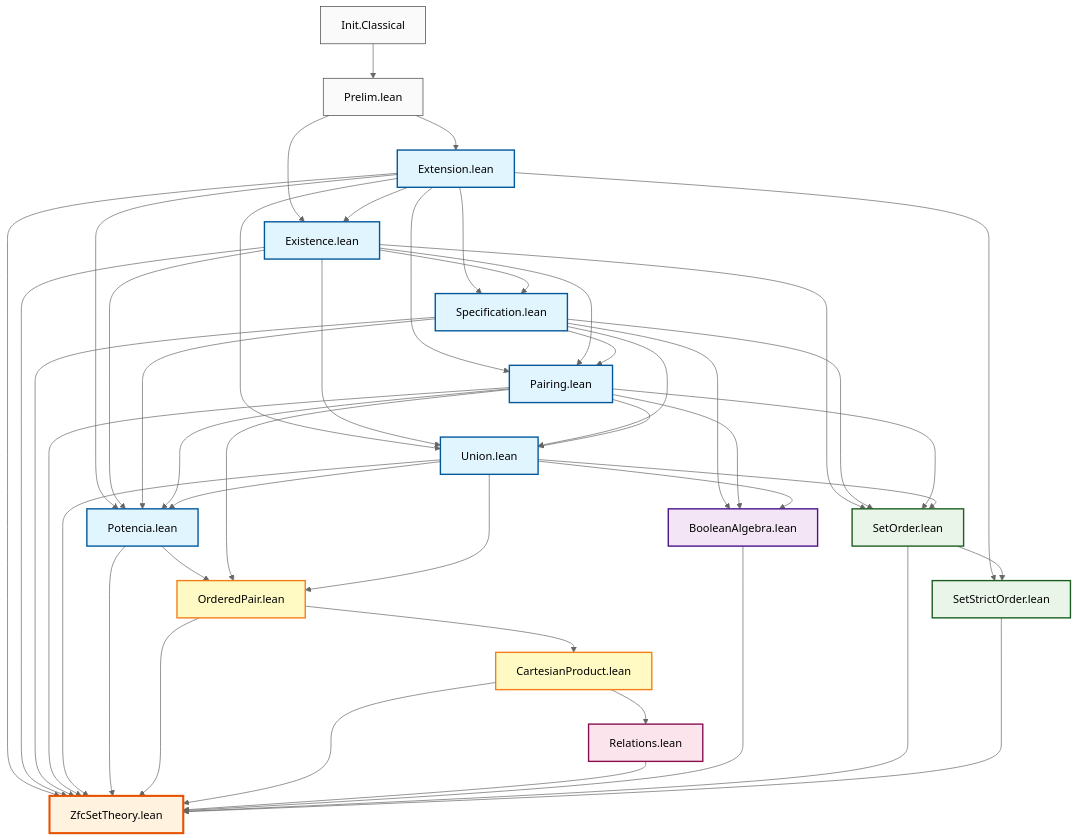
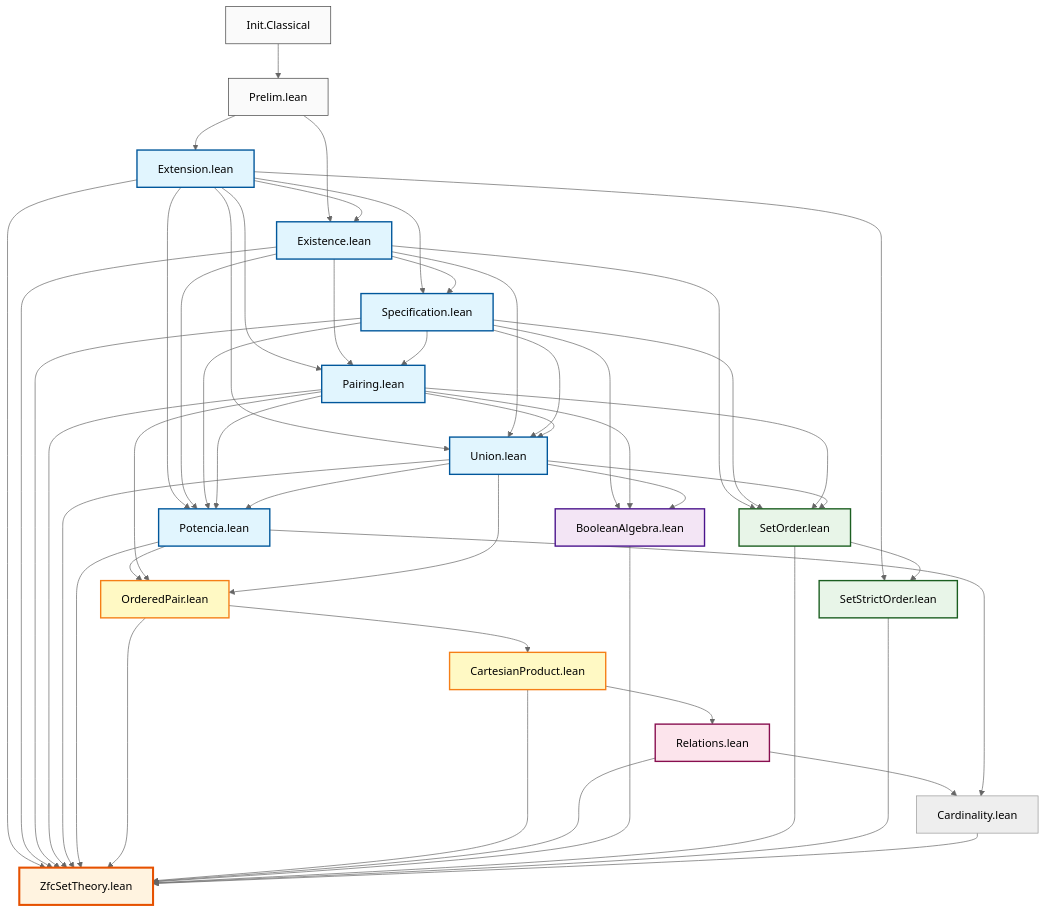
Before and after one commit to julian1c2a/ZfcSetTheory: the diagram in DEPENDENCIES.md, drawn with Mermaid (neutral theme). The commit also changed other lines of this file and 7 other files, not shown here.

```diff
--- a/DEPENDENCIES.md
+++ b/DEPENDENCIES.md
@@ -80,7 +81,11 @@
     Pa --> BA
     U --> BA
     
-    %% Nivel 9: Módulo principal
+    %% Nivel 9: Cardinalidad
+    Rel --> Card[Cardinality.lean]
+    Pot --> Card
+    
+    %% Nivel 10: Módulo principal
     E --> Z[ZfcSetTheory.lean]
     Ex --> Z
     S --> Z
@@ -93,6 +98,7 @@
     BA --> Z
     SO --> Z
     SSO --> Z
+    Card --> Z
     
     %% Estilos
     classDef axiom fill:#e1f5fe,stroke:#01579b,stroke-width:2px
```
